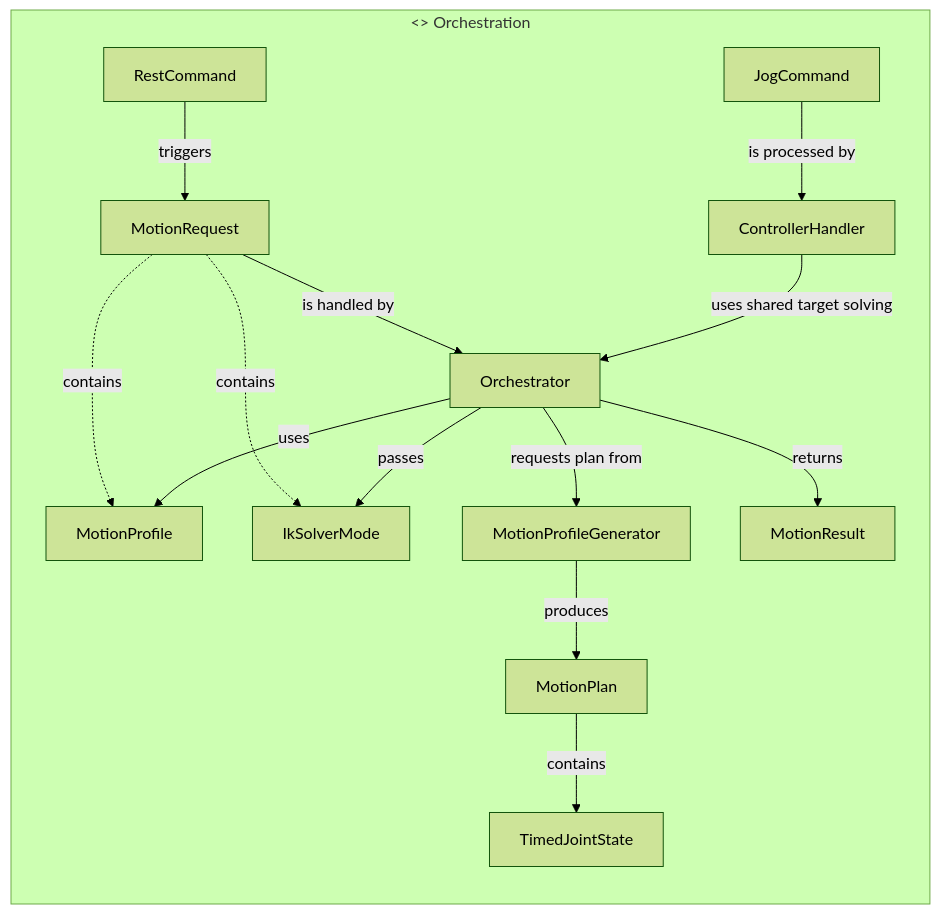
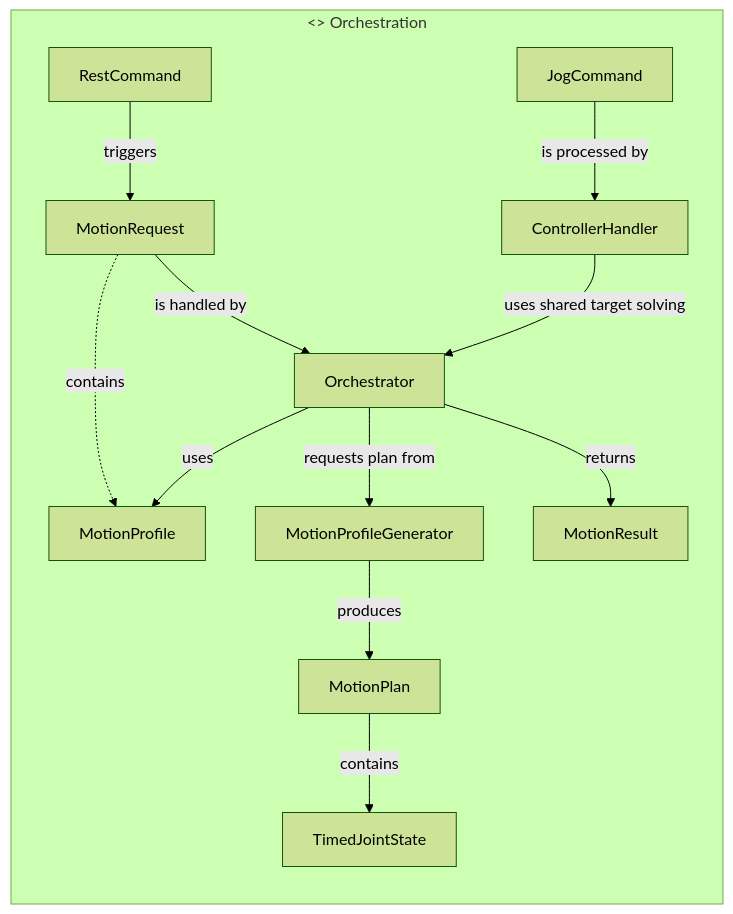
Before and after one commit to butz1999/inverse_kinematik: the third of 7 diagrams in doc/projektbeschreibung.md, drawn with Mermaid (forest theme). The commit also changed other lines of this file and 10 other files, not shown here.

````diff
--- a/doc/projektbeschreibung.md
+++ b/doc/projektbeschreibung.md
@@ -520,29 +519,26 @@
 ```mermaid
 flowchart LR
     subgraph CTRL["<<component>> Orchestration"]
         B1[Orchestrator]
         B2[MotionRequest]
         B3[MotionResult]
         B5[MotionProfile]
         B6[MotionProfileGenerator]
         B7[MotionPlan]
         B8[TimedJointState]
-        B9[IkSolverMode]
         B10[ControllerHandler]
         B11[JogCommand]
         B12[RestCommand]
 
         B12 -->|triggers| B2
         B2 -->|is handled by| B1
         B2 -.->|contains| B5
-        B2 -.->|contains| B9
         B1 -->|uses| B5
-        B1 -->|passes| B9
         B1 -->|requests plan from| B6
         B6 -->|produces| B7
         B7 -->|contains| B8
         B1 -->|returns| B3
         B11 -->|is processed by| B10
         B10 -->|uses shared target solving| B1
     end
 ```
````
